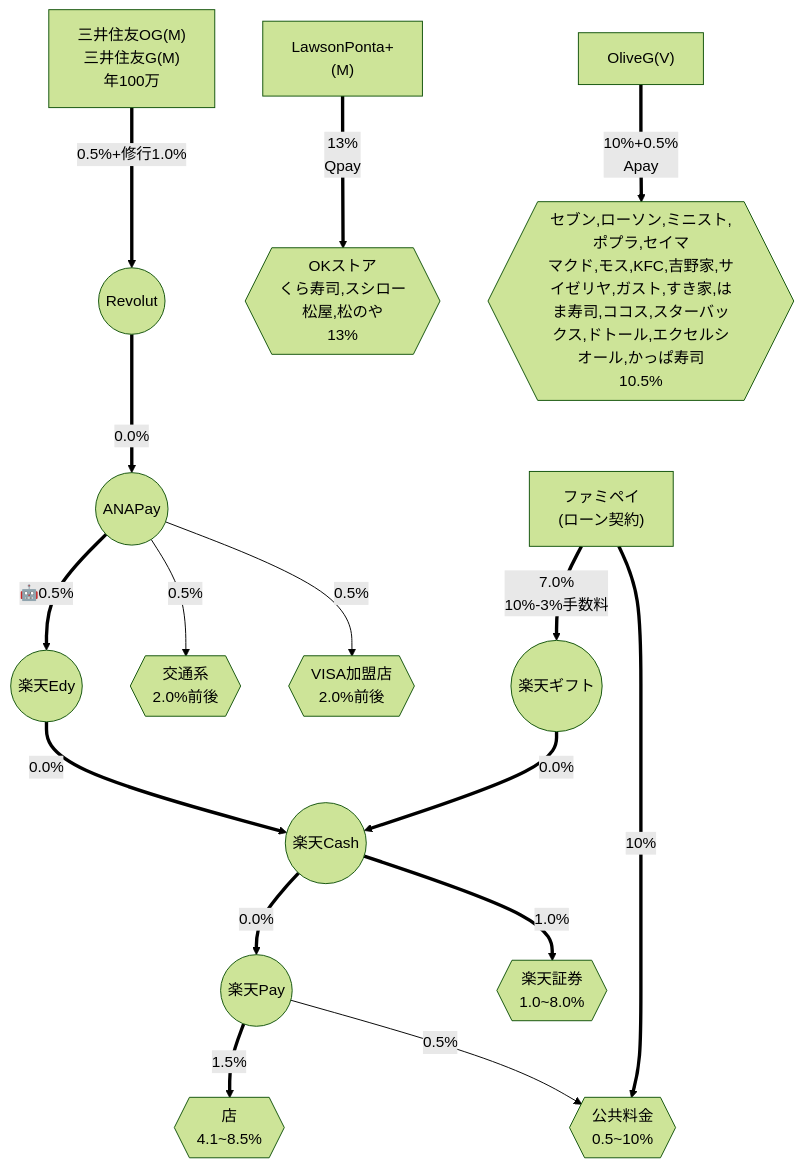
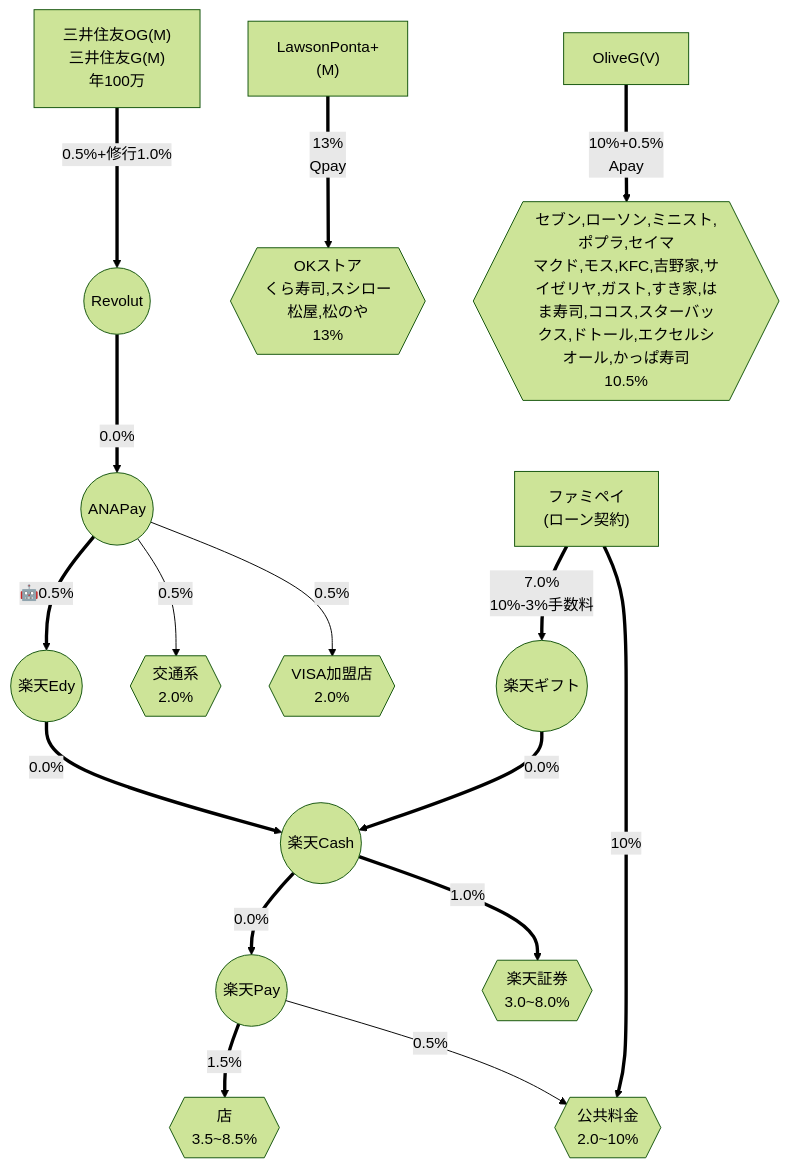
The diagram in points/2026-04-04-high-return-payment-routes.md (fununi222/FunUni-lab), drawn with Mermaid (forest theme) before and after one commit. The commit also changed other lines of this file and 1 other file, not shown here.

````diff
--- a/points/2026-04-04-high-return-payment-routes.md
+++ b/points/2026-04-04-high-return-payment-routes.md
@@ -23,47 +23,47 @@
 ```mermaid
 graph TD
 A["三井住友OG(M)<br>三井住友G(M)<br>年100万"]
 I((Revolut))
 J((ANAPay))
 N((楽天Edy))
 F["ファミペイ<br>(ローン契約)"]
 RG((楽天ギフト))
 O((楽天Cash))
 P((楽天Pay))
-W{{店<br>4.1~8.5%}}
-X{{公共料金<br>0.5~10%}}
-AA{{楽天証券<br>1.0~8.0%}}
-T{{交通系<br>2.0%前後}}
-L{{VISA加盟店<br>2.0%前後}}
+W{{店<br>3.5~8.5%}}
+X{{公共料金<br>2.0~10%}}
+AA{{楽天証券<br>3.0~8.0%}}
+T{{交通系<br>2.0%}}
+L{{VISA加盟店<br>2.0%}}
 LP["LawsonPonta+<br>(M)"]
 S{{OKストア<br>くら寿司,スシロー<br>松屋,松のや<br>13%}}
 OL["OliveG(V)"]
 H{{セブン,ローソン,ミニスト,ポプラ,セイマ<br>マクド,モス,KFC,吉野家,サイゼリヤ,ガスト,すき家,はま寿司,ココス,スターバックス,ドトール,エクセルシオール,かっぱ寿司<br>10.5%}}
 
 %% 三井住友メインルート（2026/3以降の候補）
 A ==>|0.5%+修行1.0%| I
 I ==>|0.0%| J
 J ==>|🤖0.5%| N
 N ==>|0.0%| O
 
 %% ANA Payからの出口
 J -->|0.5%| T
 J -->|0.5%| L
 
 %% OKストア等対象店舗
 LP ==>|13%<br>Qpay| S  
 OL ==>|10%+0.5%<br>Apay| H  
 
 %% ファミペイローンルート（契約で10%）
 F ==>|7.0%<br>10%-3%手数料| RG
 RG ==>|0.0%| O
 F ==>|10%| X
 
 %% 楽天エコシステム
 O ==>|0.0%| P
 O ==>|1.0%| AA
 
 %% 最終利用先：ルート別合計還元率（2026/3前）
 P ==>|1.5%| W
 P -->|0.5%| X
 ```
````
